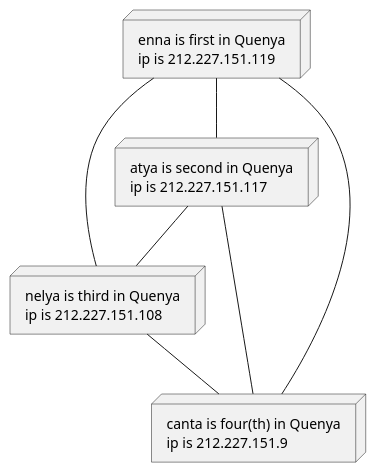
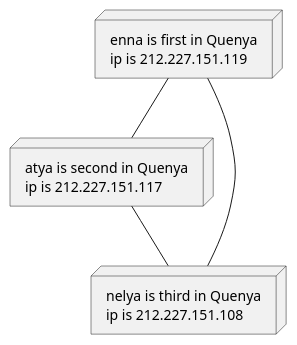
Before and after one commit to jvorhauer/spikes: the diagram in docs/kubernetes.puml, drawn with PlantUML. The commit also changed 21 other files, not shown here.

```diff
--- a/docs/kubernetes.puml
+++ b/docs/kubernetes.puml
@@ -1,29 +1,21 @@
 @startuml
 'https://plantuml.com/deployment-diagram
 
 node enna [
   enna is first in Quenya
   ip is 212.227.151.119
 ]
 node atya [
   atya is second in Quenya
   ip is 212.227.151.117
 ]
 node nelya [
   nelya is third in Quenya
   ip is 212.227.151.108
 ]
-node canta [
-  canta is four(th) in Quenya
-  ip is 212.227.151.9
-]
-
 
 enna -- atya
 enna -- nelya
 atya -- nelya
-enna -- canta
-nelya -- canta
-atya -- canta
 
 @enduml
```
